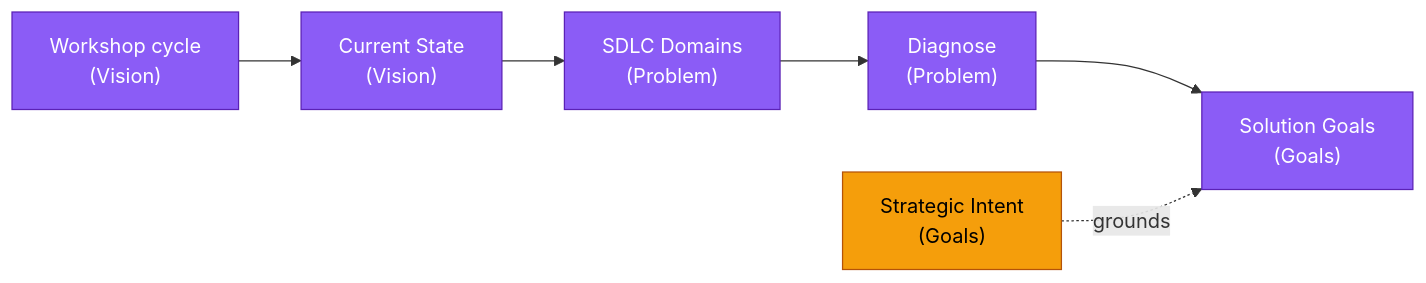
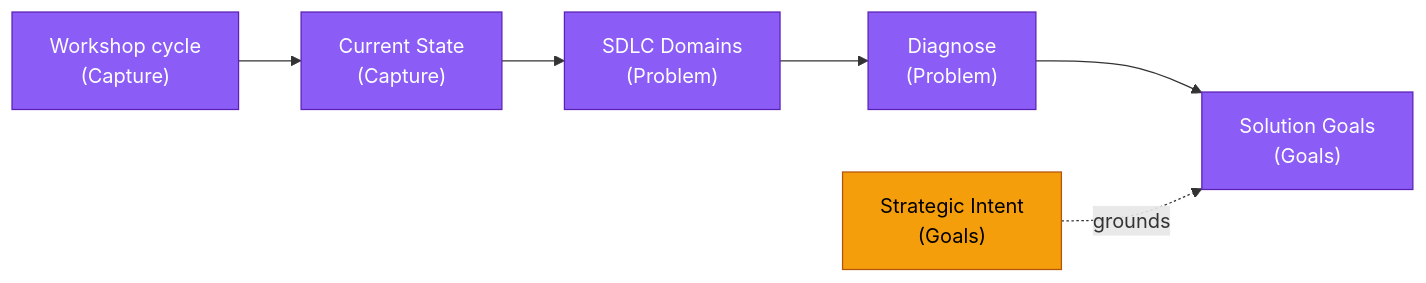
The diagram in docs/AI SDLC/01 Process/07 Workflows/03 Investigate/00 Orchestration.md (DataArt/adlc-discovery-tool), drawn with Mermaid before and after one commit. The commit also changed other lines of this file and 79 other files, not shown here.

Commit message:
docs(process): rename Vision stage to Capture throughout AI SDLC

````diff
--- a/docs/AI SDLC/01 Process/07 Workflows/03 Investigate/00 Orchestration.md
+++ b/docs/AI SDLC/01 Process/07 Workflows/03 Investigate/00 Orchestration.md
@@ -5,11 +5,11 @@
 ```mermaid
 flowchart LR
-    WS["Workshop cycle\n(Vision)"] --> CS["Current State\n(Vision)"] --> DOM["SDLC Domains\n(Problem)"] --> DG["Diagnose\n(Problem)"] --> SG["Solution Goals\n(Goals)"]
+    WS["Workshop cycle\n(Capture)"] --> CS["Current State\n(Capture)"] --> DOM["SDLC Domains\n(Problem)"] --> DG["Diagnose\n(Problem)"] --> SG["Solution Goals\n(Goals)"]
     IN["Strategic Intent\n(Goals)"] -.->|"grounds"| SG
 
     classDef step fill:#8B5CF6,stroke:#5B21B6,color:#fff
     classDef intent fill:#F59E0B,stroke:#B45309,color:#000
 
     class WS,CS,DOM,DG,SG step
     class IN intent
 ```
````
